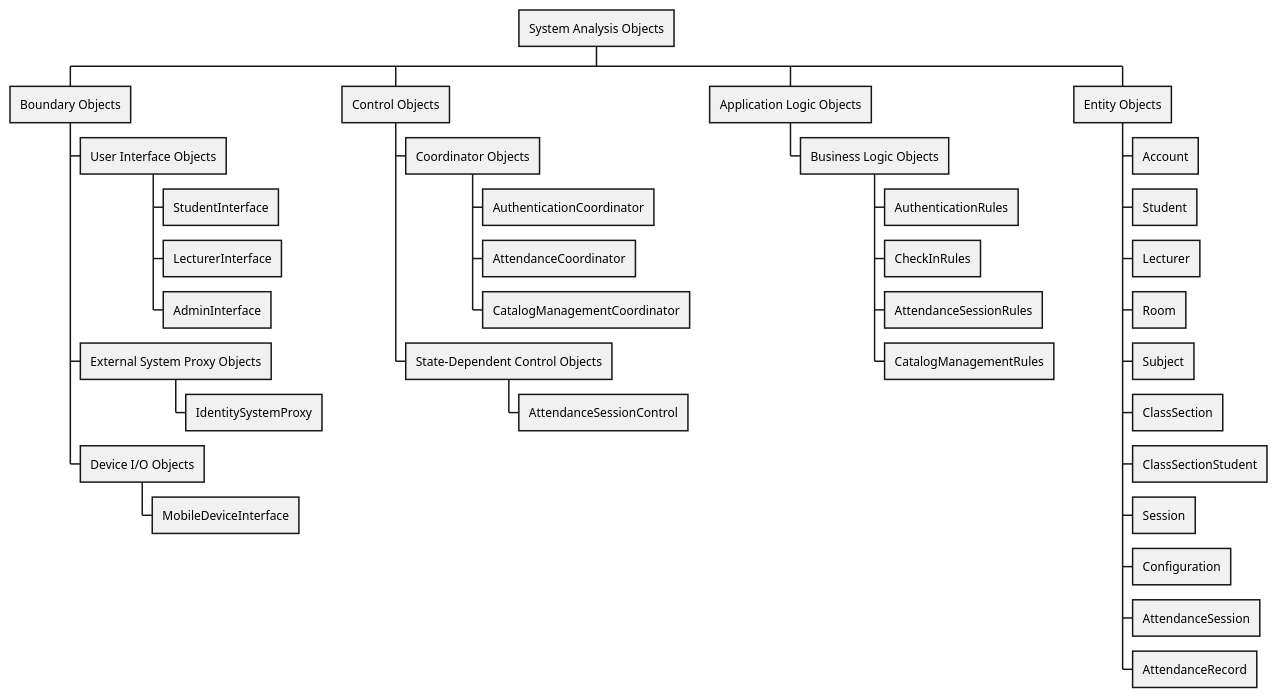
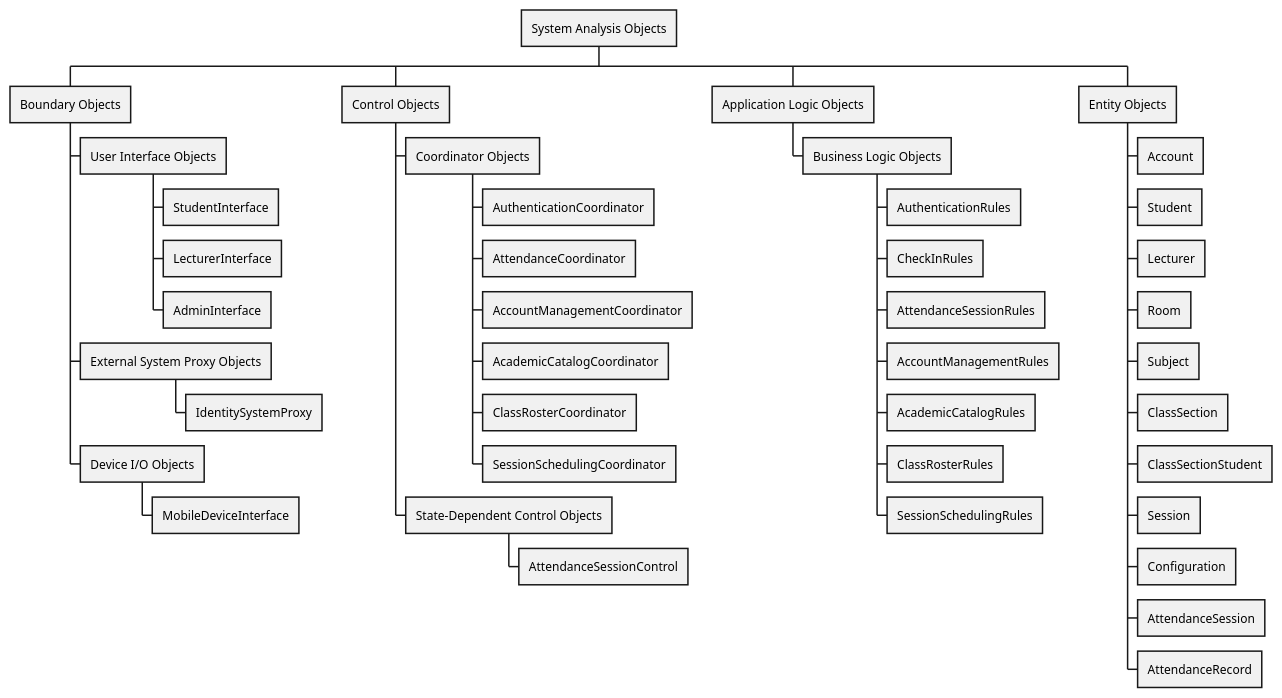
Before and after one commit to nttung42/SWD392: the third of 34 diagrams in docs/rds/2_Analysis.md, drawn with PlantUML. The commit also changed other lines of this file and 59 other files, not shown here.

````diff
--- a/docs/rds/2_Analysis.md
+++ b/docs/rds/2_Analysis.md
@@ -180,39 +180,45 @@
 ```plantuml
 @startwbs
 * System Analysis Objects
 ** Boundary Objects
 *** User Interface Objects
 **** StudentInterface
 **** LecturerInterface
 **** AdminInterface
 *** External System Proxy Objects
 **** IdentitySystemProxy
 *** Device I/O Objects
 **** MobileDeviceInterface
 ** Control Objects
 *** Coordinator Objects
 **** AuthenticationCoordinator
 **** AttendanceCoordinator
-**** CatalogManagementCoordinator
+**** AccountManagementCoordinator
+**** AcademicCatalogCoordinator
+**** ClassRosterCoordinator
+**** SessionSchedulingCoordinator
 *** State-Dependent Control Objects
 **** AttendanceSessionControl
 ** Application Logic Objects
 *** Business Logic Objects
 **** AuthenticationRules
 **** CheckInRules
 **** AttendanceSessionRules
-**** CatalogManagementRules
+**** AccountManagementRules
+**** AcademicCatalogRules
+**** ClassRosterRules
+**** SessionSchedulingRules
 ** Entity Objects
 *** Account
 *** Student
 *** Lecturer
 *** Room
 *** Subject
 *** ClassSection
 *** ClassSectionStudent
 *** Session
 *** Configuration
 *** AttendanceSession
 *** AttendanceRecord
 @endwbs
 ```
````
